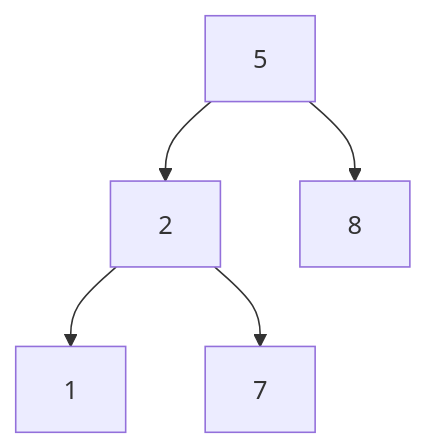
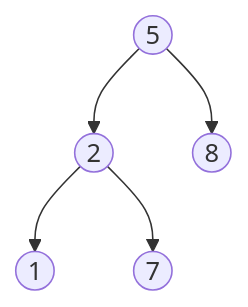
Diagram 14 of 28 in cst/6binnode/Ex6a1binnode.md (3strategy/BeautifulMivney), drawn with Mermaid before and after one commit. The commit also changed other lines of this file and 3 other files, not shown here.

````diff
--- a/cst/6binnode/Ex6a1binnode.md
+++ b/cst/6binnode/Ex6a1binnode.md
@@ -271,7 +271,7 @@
     ```mermaid
     flowchart TB
-      A[5] --> B[2]
-      A --> C[8]:::leaf
-      B --> D[1]:::leaf
-      B --> E[7]:::leaf
+      A((5)) --> B((2))
+      A --> C((8)):::leaf
+      B --> D((1)):::leaf
+      B --> E((7)):::leaf
     ```
````
